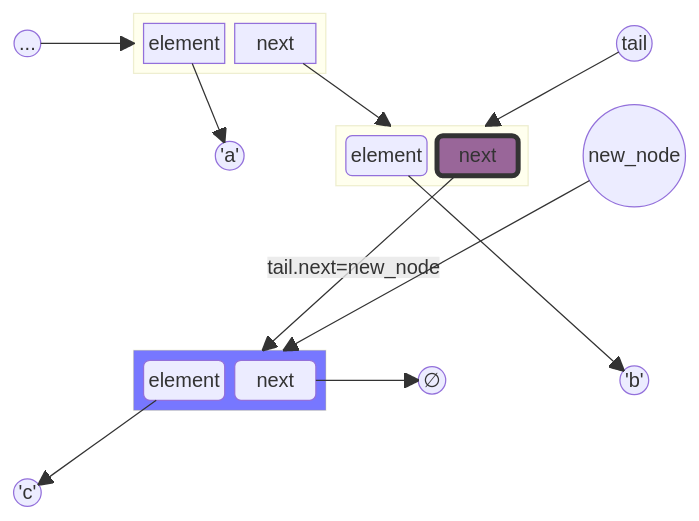
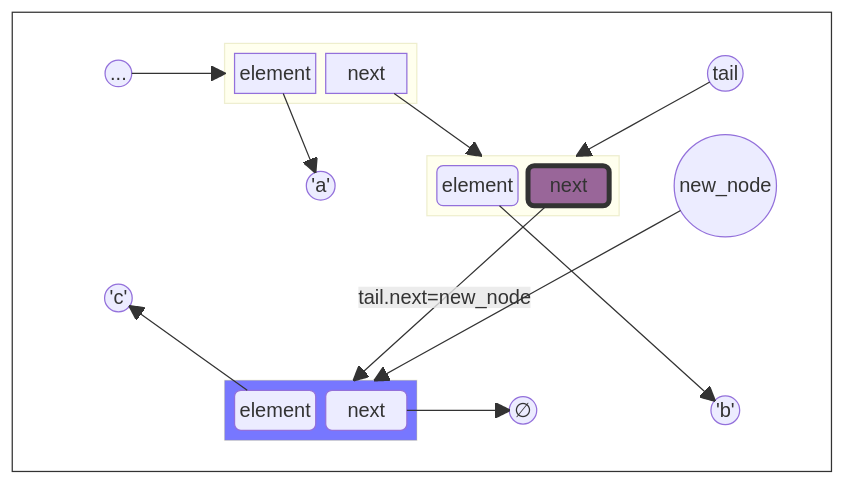
The sixth of 12 diagrams in lectures/lect-3-Singly-Linked-List.md (ruslylove/datastruct), drawn with Mermaid before and after one commit. The commit also changed other lines of this file and 1 other file, not shown here.

Commit message:
update linked list diagram

````diff
--- a/lectures/lect-3-Singly-Linked-List.md
+++ b/lectures/lect-3-Singly-Linked-List.md
@@ -358,57 +374,64 @@
-```mermaid {scale:0.55}
+```mermaid {scale:0.64}
 
 block-beta
+
+    block:border
 
     columns 4
 
     head
 
     block:node1
         element
         next
     end
 
     space
     tail(("tail"))
     space
     A(("'a'"))
 
     block:node2
         element2("element")
         next2("next")
     end
 
     nn
+    T(("'c'"))
     space
     space
-    space
+    
+    
     space
     space
     block:newnode
         elementnewnode("element")
         nextnewnode("next")
     end
 
     null
 
     B(("'b'"))
 
-    T(("'c'"))
+    
+
+    end
     
 
     next --> node2
     next2 -- "tail.next=new_node" --> newnode
     head(("...")) --> node1
     element --> A
     element2 --> B
     nn(("new_node")) --> newnode
     nextnewnode --> null(("∅"))
     elementnewnode --> T
     tail --> node2
 
     %%style tail stroke-dasharray: 5 5
     style next2 fill:#969,stroke:#333,stroke-width:4px
     style newnode fill:#77f
+    style border fill:#fff,stroke:#333
 
 
 ```
````
